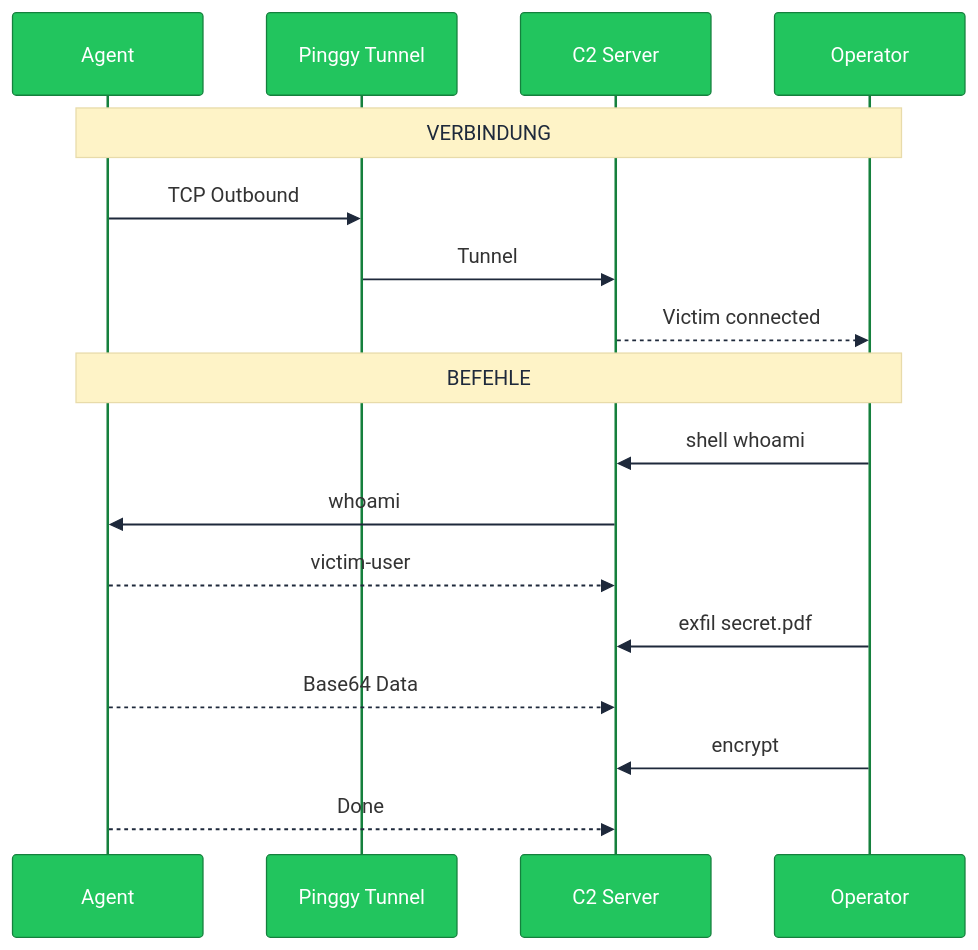
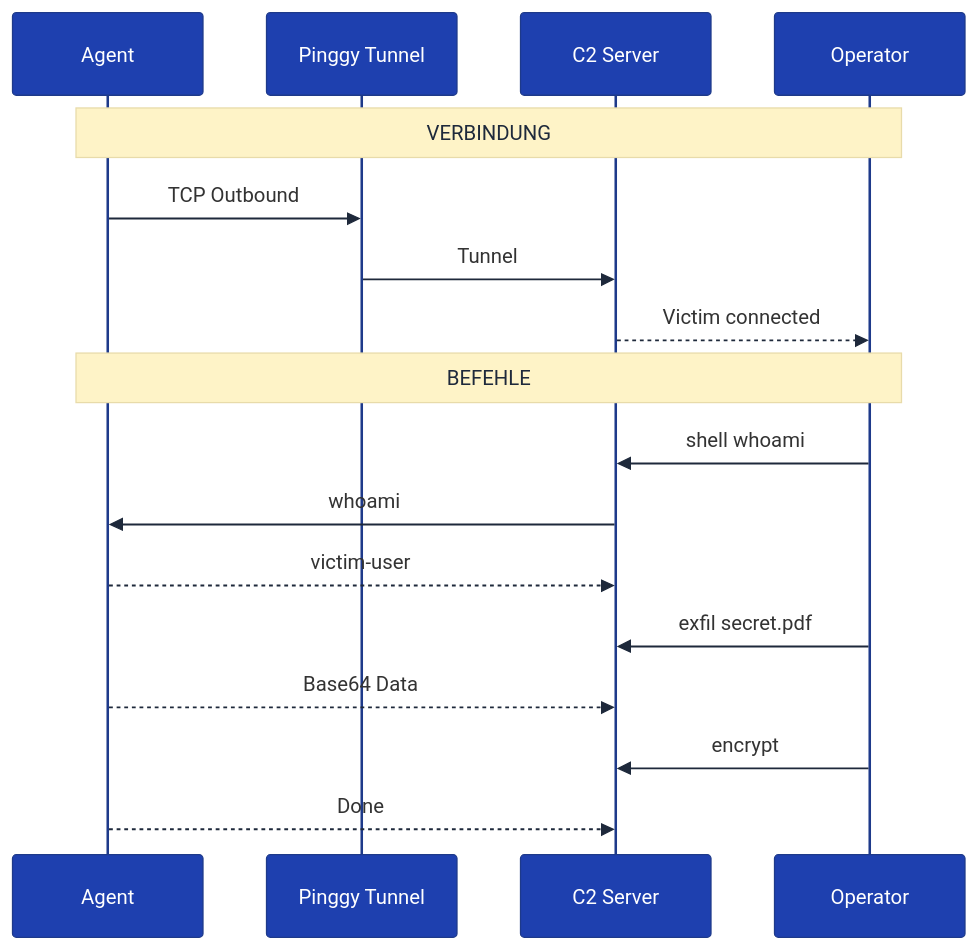
Before and after one commit to TimBLukas/rust-mw: the diagram in presentation/diagrams/06_c2_kommunikation.mmd, drawn with Mermaid. The commit also changed 6 other files, not shown here.

```diff
--- a/presentation/diagrams/06_c2_kommunikation.mmd
+++ b/presentation/diagrams/06_c2_kommunikation.mmd
@@ -1,23 +1,23 @@
-%%{init: {'theme': 'base', 'themeVariables': { 'primaryColor': '#22c55e', 'actorBkg': '#22c55e', 'actorTextColor': '#fff', 'actorBorder': '#15803d', 'signalColor': '#1e293b', 'noteBkgColor': '#fef3c7', 'noteTextColor': '#1e293b', 'fontSize': '16px'}, 'sequence': {'actorFontSize': 18, 'messageFontSize': 16, 'noteFontSize': 14}}}%%
+%%{init: {'theme': 'base', 'themeVariables': { 'primaryColor': '#1e40af', 'actorBkg': '#1e40af', 'actorTextColor': '#fff', 'actorBorder': '#1e3a8a', 'signalColor': '#1e293b', 'noteBkgColor': '#fef3c7', 'noteTextColor': '#1e293b', 'fontSize': '16px'}, 'sequence': {'actorFontSize': 18, 'messageFontSize': 16, 'noteFontSize': 14}}}%%
 
 sequenceDiagram
     participant A as Agent
     participant T as Pinggy Tunnel
     participant C as C2 Server
     participant O as Operator
 
     Note over A,O: VERBINDUNG
     A->>T: TCP Outbound
     T->>C: Tunnel
     C-->>O: Victim connected
 
     Note over A,O: BEFEHLE
     O->>C: shell whoami
     C->>A: whoami
     A-->>C: victim-user
 
     O->>C: exfil secret.pdf
     A-->>C: Base64 Data
 
     O->>C: encrypt
     A-->>C: Done
```
